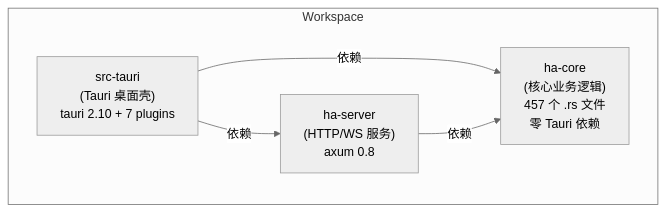
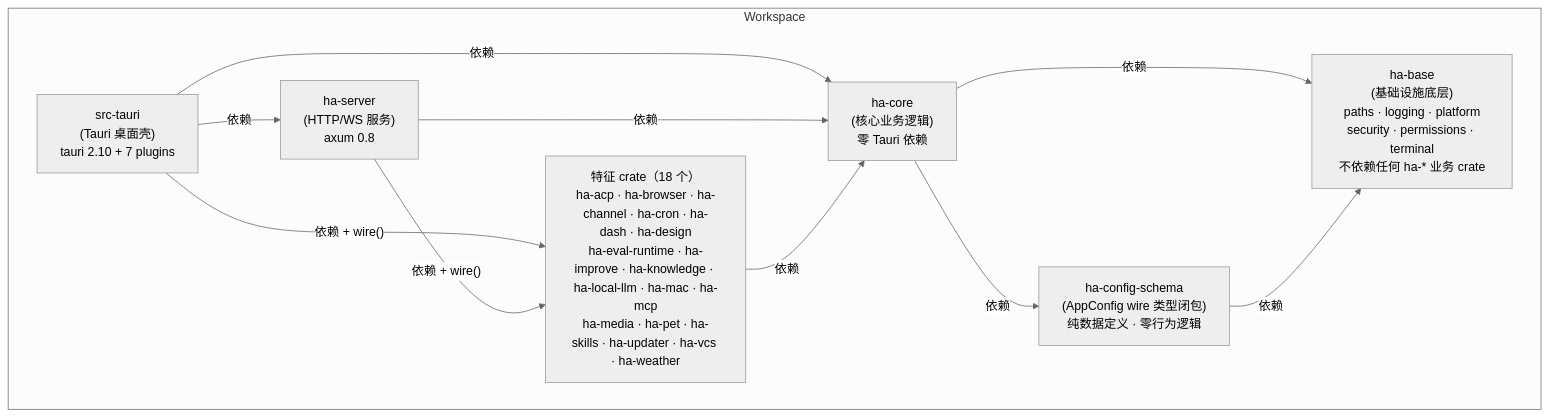
The first of 6 diagrams in mirrors/repos/shiwenwen@hope-agent/docs/architecture/backend-separation.md (gabrielmoreira/agent-skills-mirror), drawn with Mermaid (neutral theme) before and after one commit. The commit also changed other lines of this file and 2966 other files, not shown here.

````diff
--- a/mirrors/repos/shiwenwen@hope-agent/docs/architecture/backend-separation.md
+++ b/mirrors/repos/shiwenwen@hope-agent/docs/architecture/backend-separation.md
@@ -15,13 +15,22 @@
 ```mermaid
 graph TD
     subgraph Workspace
         HA_TAURI["src-tauri<br/>(Tauri 桌面壳)<br/>tauri 2.10 + 7 plugins"]
         HA_SERVER["ha-server<br/>(HTTP/WS 服务)<br/>axum 0.8"]
-        HA_CORE["ha-core<br/>(核心业务逻辑)<br/>457 个 .rs 文件<br/>零 Tauri 依赖"]
+        HA_FEAT["特征 crate（18 个）<br/>ha-acp · ha-browser · ha-channel · ha-cron · ha-dash · ha-design<br/>ha-eval-runtime · ha-improve · ha-knowledge · ha-local-llm · ha-mac · ha-mcp<br/>ha-media · ha-pet · ha-skills · ha-updater · ha-vcs · ha-weather"]
+        HA_CORE["ha-core<br/>(核心业务逻辑)<br/>零 Tauri 依赖"]
+        HA_SCHEMA["ha-config-schema<br/>(AppConfig wire 类型闭包)<br/>纯数据定义 · 零行为逻辑"]
+        HA_BASE["ha-base<br/>(基础设施底层)<br/>paths · logging · platform<br/>security · permissions · terminal<br/>不依赖任何 ha-* 业务 crate"]
     end
 
     HA_TAURI -->|"依赖"| HA_SERVER
+    HA_TAURI -->|"依赖 + wire()"| HA_FEAT
     HA_TAURI -->|"依赖"| HA_CORE
+    HA_SERVER -->|"依赖 + wire()"| HA_FEAT
     HA_SERVER -->|"依赖"| HA_CORE
+    HA_FEAT -->|"依赖"| HA_CORE
+    HA_CORE -->|"依赖"| HA_SCHEMA
+    HA_CORE -->|"依赖"| HA_BASE
+    HA_SCHEMA -->|"依赖"| HA_BASE
 
 ```
````
